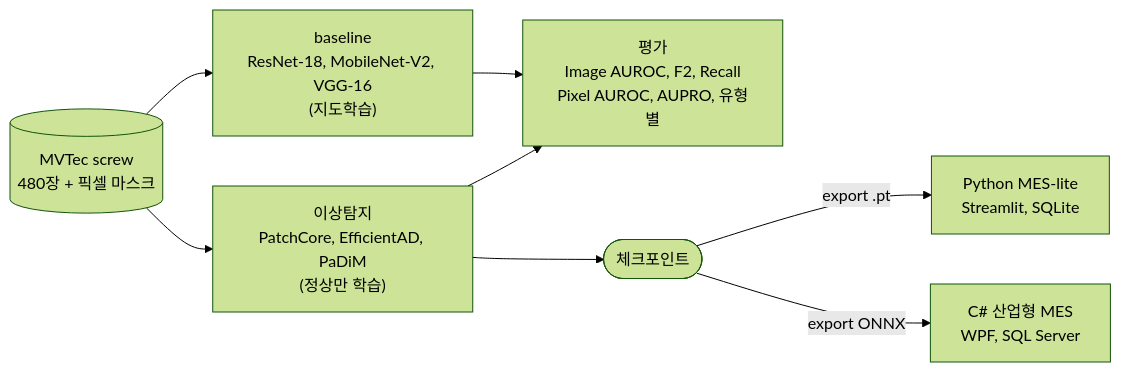
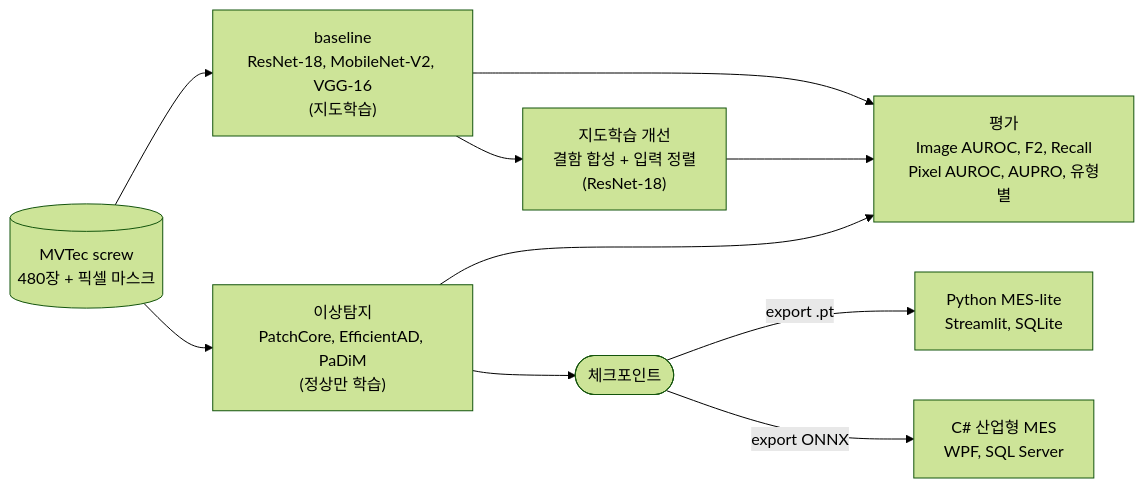
Before and after one commit to hmy7788/screw-defect-mes: the diagram in README.md, drawn with Mermaid (forest theme). The commit also changed other lines of this file and 4 other files, not shown here.

````diff
--- a/README.md
+++ b/README.md
@@ -54,11 +60,13 @@
 ```mermaid
 flowchart LR
     D[("MVTec screw<br/>480장 + 픽셀 마스크")]
     D --> B["baseline<br/>ResNet-18, MobileNet-V2, VGG-16<br/>(지도학습)"]
     D --> P["이상탐지<br/>PatchCore, EfficientAD, PaDiM<br/>(정상만 학습)"]
+    B --> S["지도학습 개선<br/>결함 합성 + 입력 정렬<br/>(ResNet-18)"]
     B --> E["평가<br/>Image AUROC, F2, Recall<br/>Pixel AUROC, AUPRO, 유형별"]
+    S --> E
     P --> E
     P --> CK(["체크포인트"])
     CK -->|"export .pt"| PY["Python MES-lite<br/>Streamlit, SQLite"]
     CK -->|"export ONNX"| CS["C# 산업형 MES<br/>WPF, SQL Server"]
 ```
````
